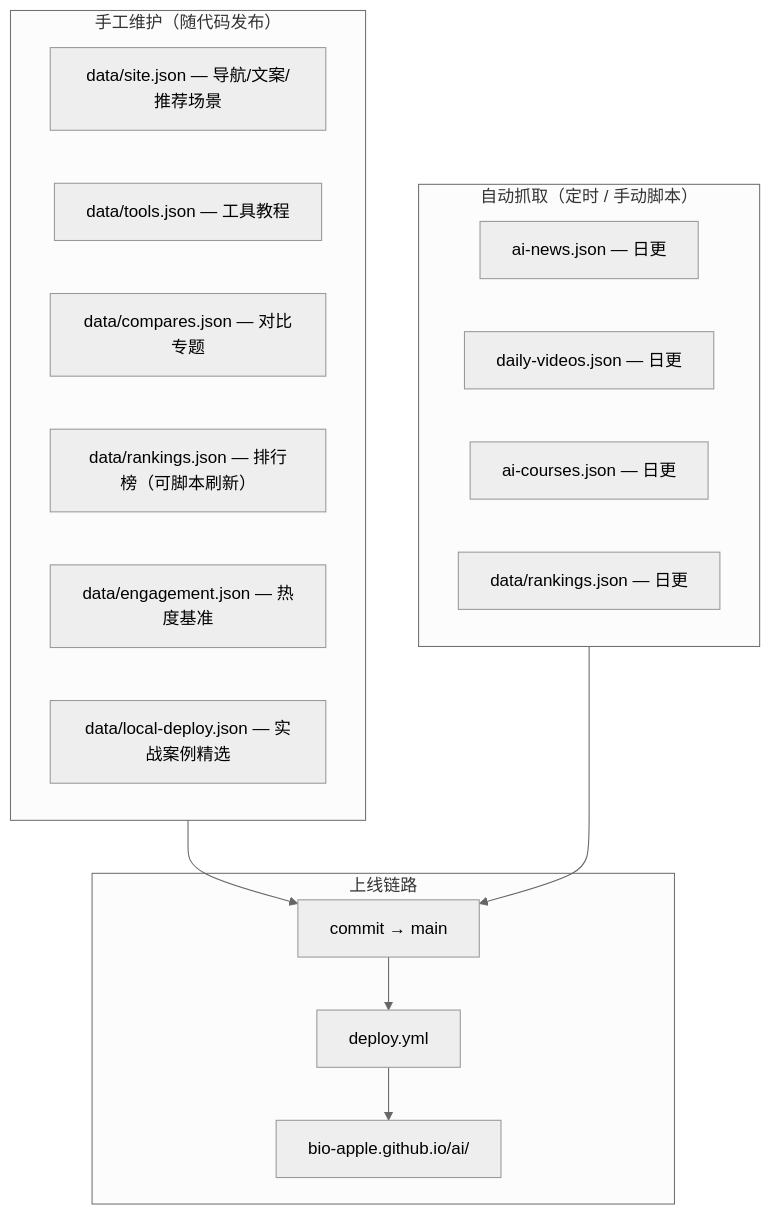
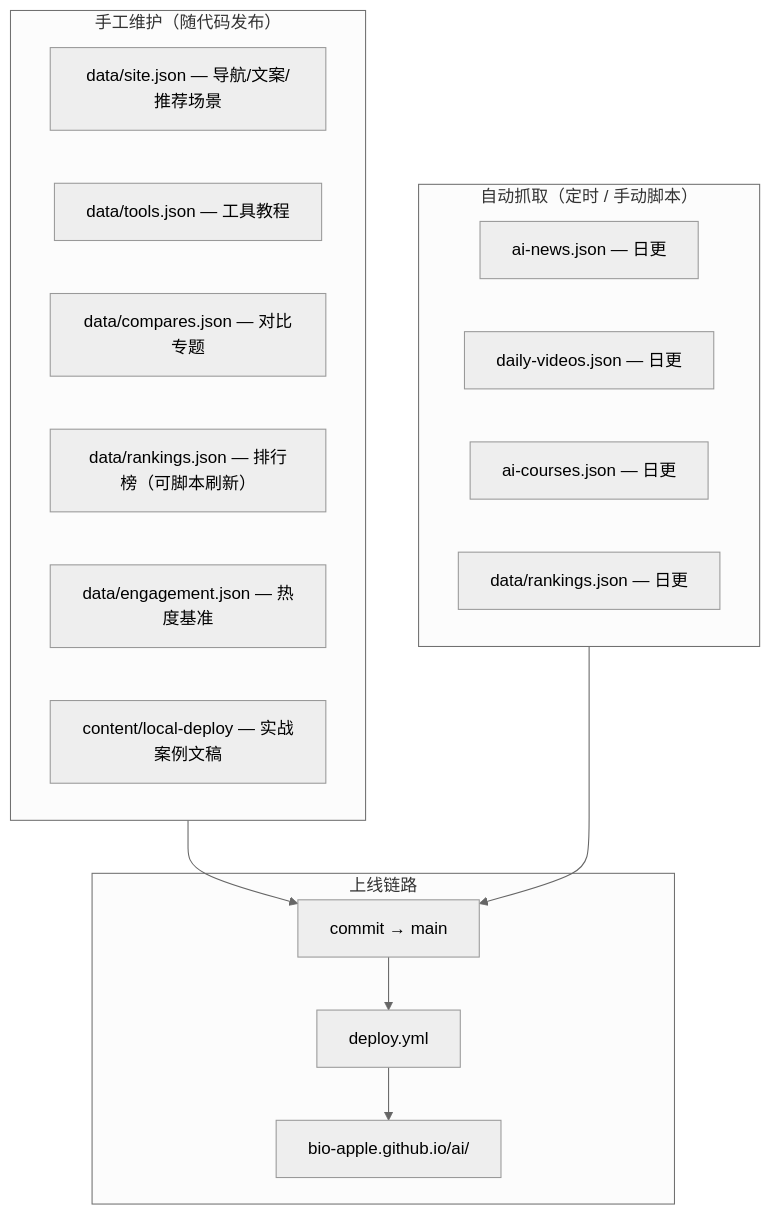
One commit to bio-apple/ai changed the first of 2 diagrams in docs/CONTENT-OPS.md. Above: the diagram before and after it, drawn with Mermaid (neutral theme). The commit also changed other lines of this file and 18 other files, not shown here.

````diff
--- a/docs/CONTENT-OPS.md
+++ b/docs/CONTENT-OPS.md
@@ -11,28 +11,28 @@
 ```mermaid
 flowchart TB
   subgraph manual["手工维护（随代码发布）"]
     M1["data/site.json — 导航/文案/推荐场景"]
     M2["data/tools.json — 工具教程"]
     M3["data/compares.json — 对比专题"]
     M4["data/rankings.json — 排行榜（可脚本刷新）"]
     M5["data/engagement.json — 热度基准"]
-    M6["data/local-deploy.json — 实战案例精选"]
+    M6["content/local-deploy — 实战案例文稿"]
   end
 
   subgraph auto["自动抓取（定时 / 手动脚本）"]
     A1["ai-news.json — 日更"]
     A2["daily-videos.json — 日更"]
     A3["ai-courses.json — 日更"]
     A4["data/rankings.json — 日更"]
   end
 
   subgraph pipeline["上线链路"]
     GIT["commit → main"]
     DEPLOY["deploy.yml"]
     LIVE["bio-apple.github.io/ai/"]
   end
 
   manual --> GIT
   auto --> GIT
   GIT --> DEPLOY --> LIVE
 ```
````
